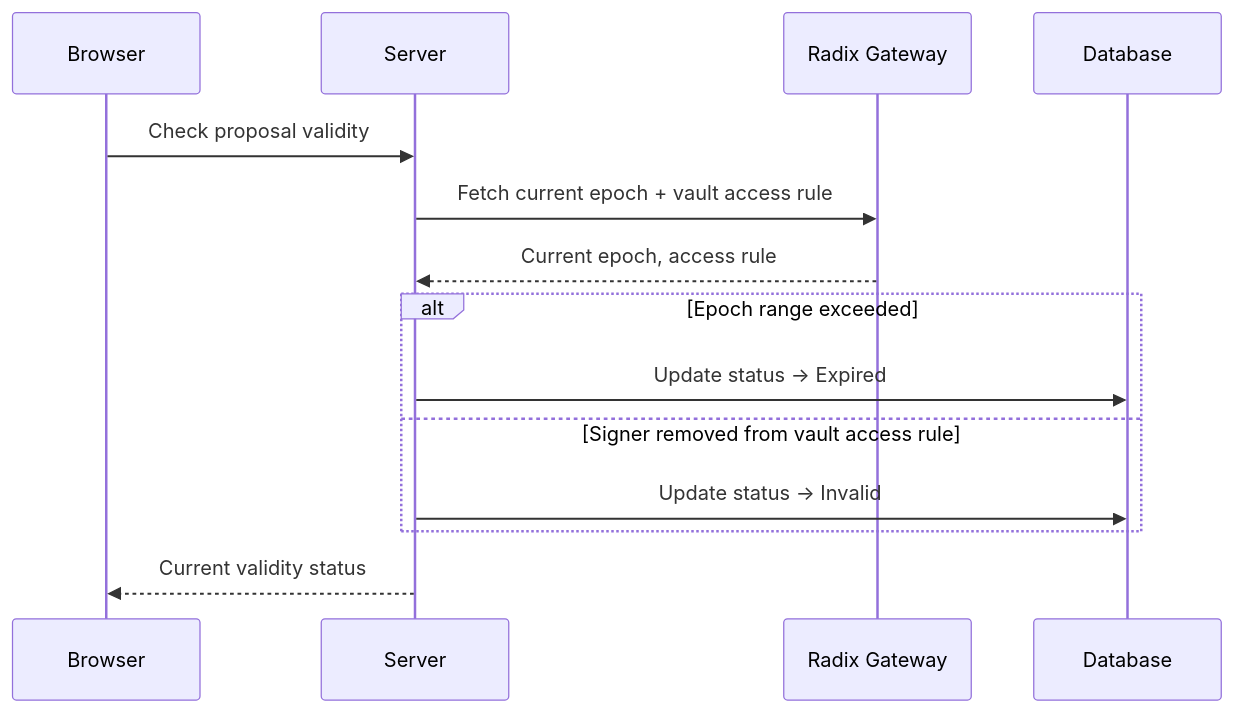
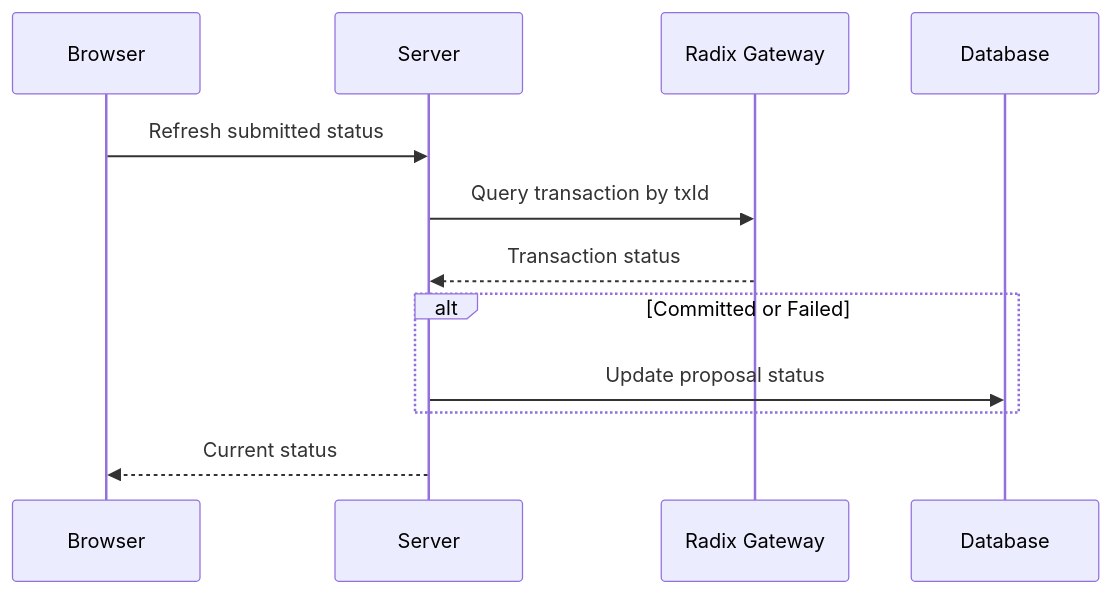
Before and after one commit to xstelea/radix-vaults: the fifth of 8 diagrams in docs/PRODUCT_SCOPE.md, drawn with Mermaid. The commit also changed other lines of this file and 1 other file, not shown here.

````diff
--- a/docs/PRODUCT_SCOPE.md
+++ b/docs/PRODUCT_SCOPE.md
@@ -219,17 +215,15 @@
 ```mermaid
 sequenceDiagram
     participant B as Browser
     participant S as Server
     participant GW as Radix Gateway
     participant DB as Database
 
-    B->>S: Check proposal validity
-    S->>GW: Fetch current epoch + vault access rule
-    GW-->>S: Current epoch, access rule
-    alt Epoch range exceeded
-        S->>DB: Update status → Expired
-    else Signer removed from vault access rule
-        S->>DB: Update status → Invalid
+    B->>S: Refresh submitted status
+    S->>GW: Query transaction by txId
+    GW-->>S: Transaction status
+    alt Committed or Failed
+        S->>DB: Update proposal status
     end
-    S-->>B: Current validity status
+    S-->>B: Current status
 ```
````
